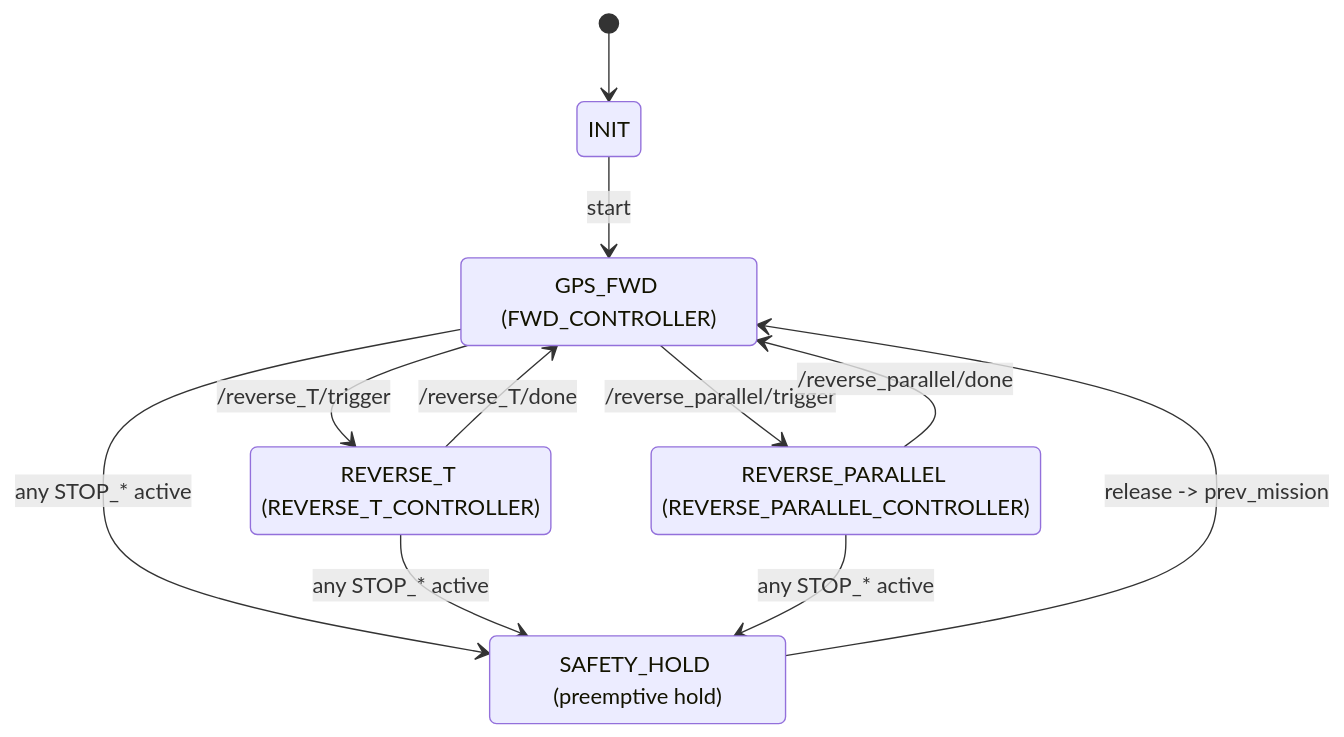
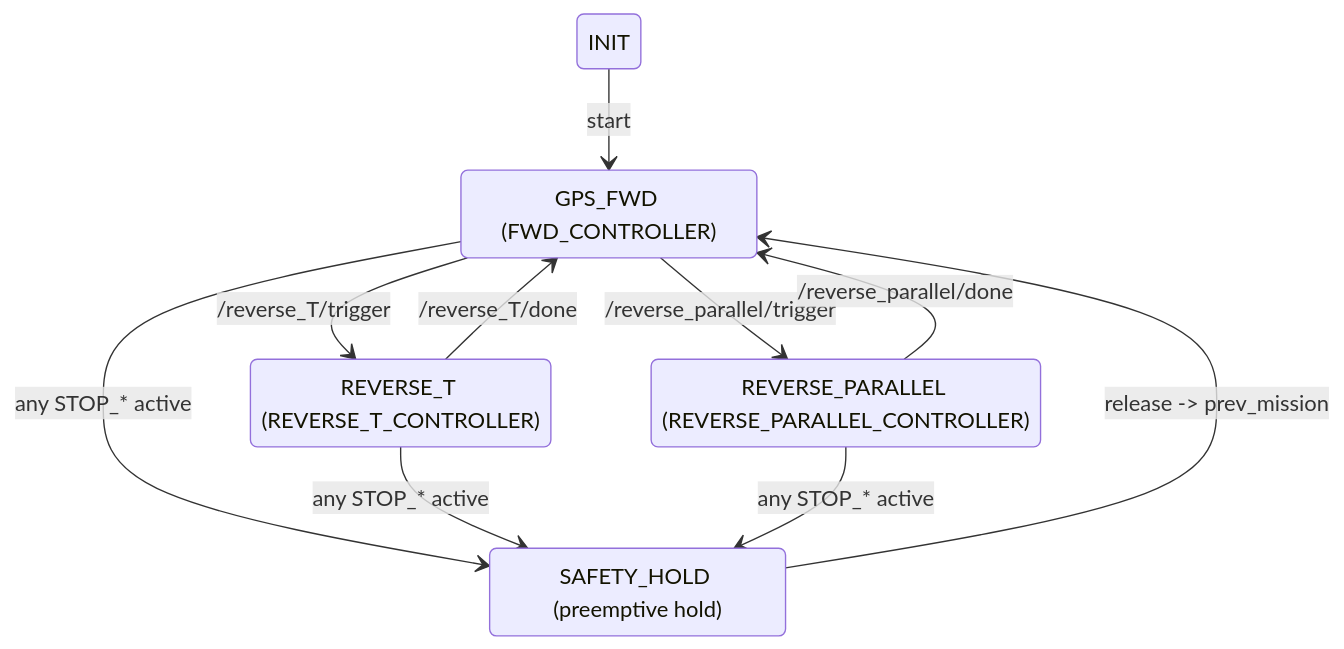
One commit to yooburi/Mandol_ws changed the second of 2 diagrams in README.md. Above: the diagram before and after it, drawn with Mermaid. The commit also changed other lines of this file, not shown here.

````diff
--- a/README.md
+++ b/README.md
@@ -90,26 +67,25 @@
 ```mermaid
 stateDiagram-v2
-  [*] --> INIT
   INIT --> GPS_FWD: start
 
   state "GPS_FWD (FWD_CONTROLLER)" as GPS_FWD
   state "REVERSE_T (REVERSE_T_CONTROLLER)" as REVERSE_T
   state "REVERSE_PARALLEL (REVERSE_PARALLEL_CONTROLLER)" as REVERSE_PARALLEL
   state "SAFETY_HOLD (preemptive hold)" as SAFETY_HOLD
 
   %% Main transitions
   GPS_FWD --> REVERSE_T: /reverse_T/trigger
   REVERSE_T --> GPS_FWD: /reverse_T/done
   GPS_FWD --> REVERSE_PARALLEL: /reverse_parallel/trigger
   REVERSE_PARALLEL --> GPS_FWD: /reverse_parallel/done
 
   %% Safety preemption (from any mission state)
   GPS_FWD --> SAFETY_HOLD: any STOP_* active
   REVERSE_T --> SAFETY_HOLD: any STOP_* active
   REVERSE_PARALLEL --> SAFETY_HOLD: any STOP_* active
 
   %% Recovery to previous mission after release
   SAFETY_HOLD --> GPS_FWD: release -> prev_mission
 
 
 ```
````
